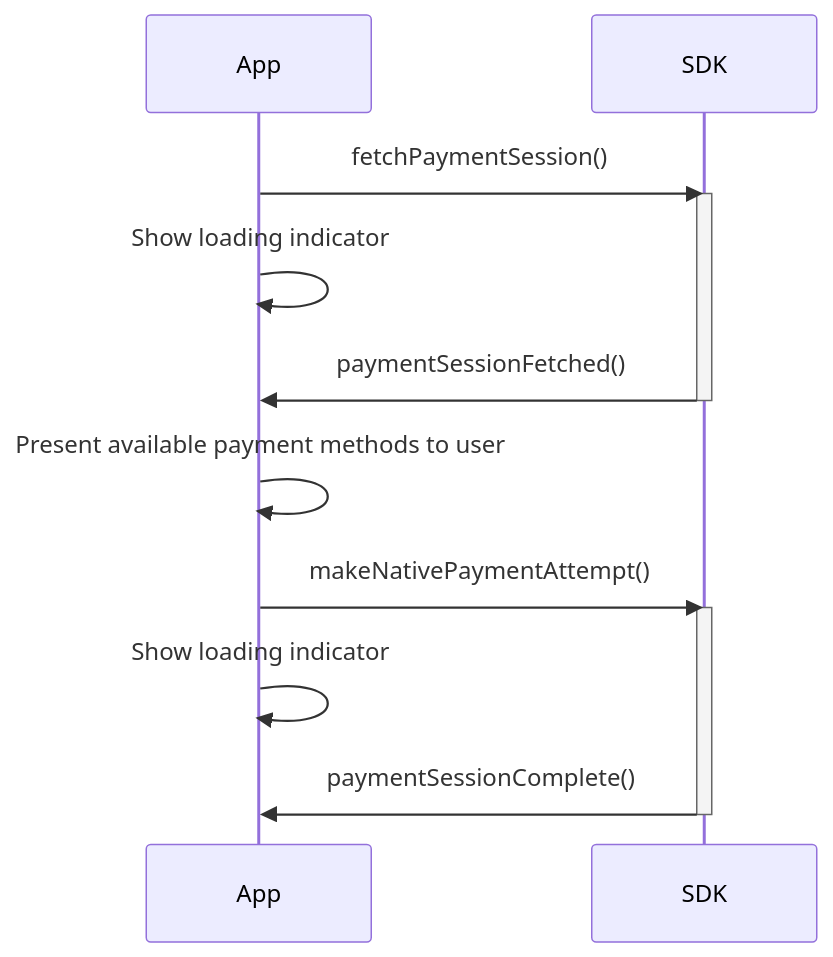
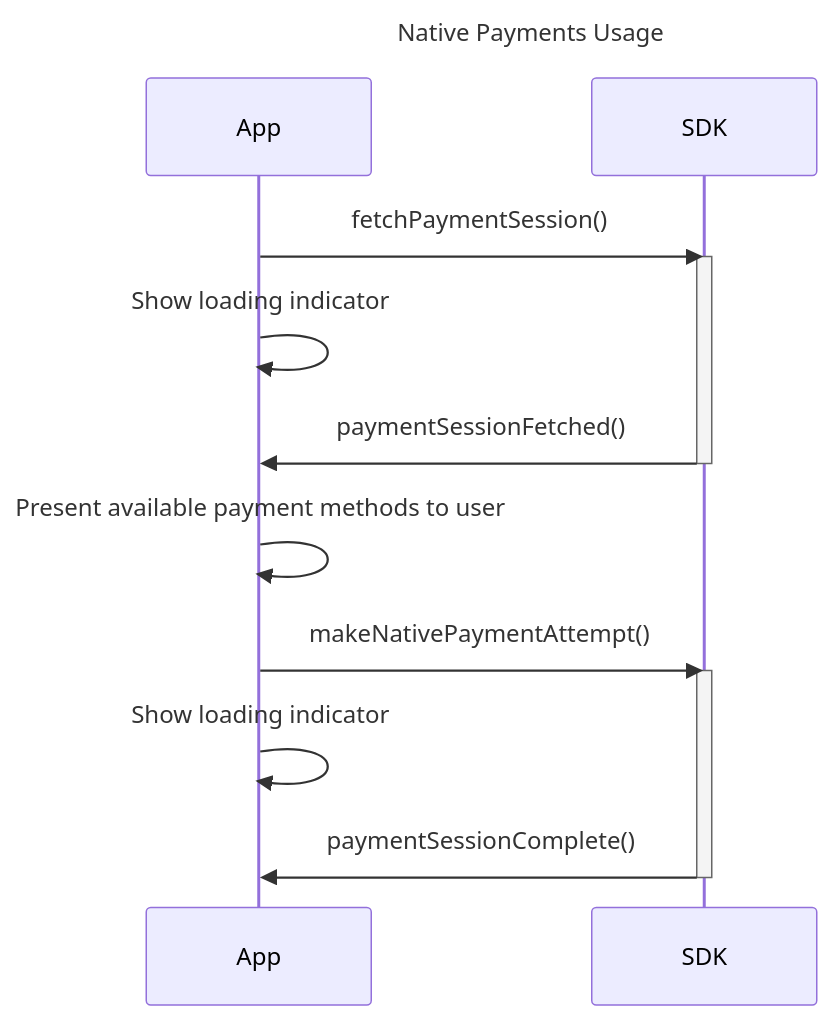
The first of 4 diagrams in checkout-v3/modules-sdks/mobile-sdk/native-payments.md (SwedbankPay/developer.swedbankpay.com), drawn with Mermaid before and after one commit. The commit also changed other lines of this file and 66 other files, not shown here.

Commit message:
Added titles in sequence diagrams

````diff
--- a/checkout-v3/modules-sdks/mobile-sdk/native-payments.md
+++ b/checkout-v3/modules-sdks/mobile-sdk/native-payments.md
@@ -37,17 +37,18 @@
 ```mermaid
 sequenceDiagram
+title: Native Payments Usage
     participant App
     participant SDK
 
     App ->> SDK: fetchPaymentSession()
     activate SDK
     App ->> App: Show loading indicator
     SDK ->> App: paymentSessionFetched()
     deactivate SDK
     App ->> App: Present available payment methods to user
     App ->> SDK: makeNativePaymentAttempt()
     activate SDK
     App ->> App: Show loading indicator
     SDK ->> App: paymentSessionComplete()
     deactivate SDK
 ```
````
